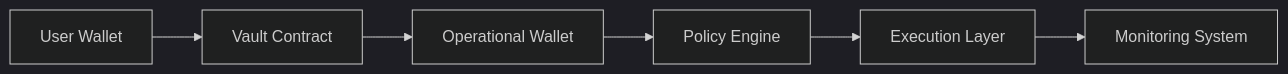
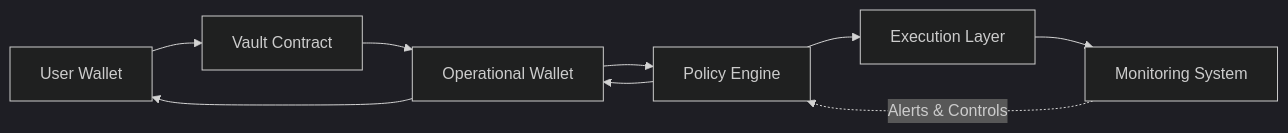
The diagram in security/security.mdx (FOPEN2010/docs), drawn with Mermaid (dark theme) before and after one commit. The commit also changed other lines of this file and 1 other file, not shown here.

Commit message:
chain 追加

````diff
--- a/security/security.mdx
+++ b/security/security.mdx
@@ -23,8 +23,11 @@
 ```mermaid
 flowchart LR
     A[User Wallet] --> B[Vault Contract]
     B --> C[Operational Wallet]
     C --> D[Policy Engine]
     D --> E[Execution Layer]
     E --> F[Monitoring System]
+    F -.->|Alerts & Controls| D
+    D --> C
+    C --> A
 ```
````
